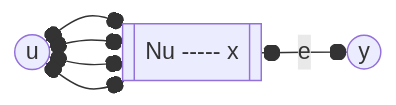
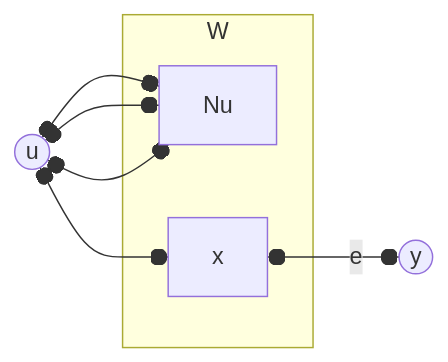
One commit to pink10000/notes changed the fifth of 6 diagrams in graph_theory/topics/ch4-structure-of-connected-graphs/Menger's Theorem.md. Above: the diagram before and after it, drawn with Mermaid. The commit also changed other lines of this file, not shown here.

````diff
--- a/graph_theory/topics/ch4-structure-of-connected-graphs/Menger's Theorem.md
+++ b/graph_theory/topics/ch4-structure-of-connected-graphs/Menger's Theorem.md
@@ -123,8 +125,17 @@
 ```mermaid
 graph LR;
-	u((u)) o--o w[[Nu ----- x]];
-	u o--o w;
-	u o--o w;
-	u o--o w;
-	w o--e--o y((y)); 
+    u((u));
+    y((y));
+
+    subgraph W
+        Nu;
+        x;
+    end
+
+    u o--o Nu;
+    u o--o Nu;
+    u o--o Nu;
+    u o--o x;
+    
+    x o--e--o y;
 ```
````
